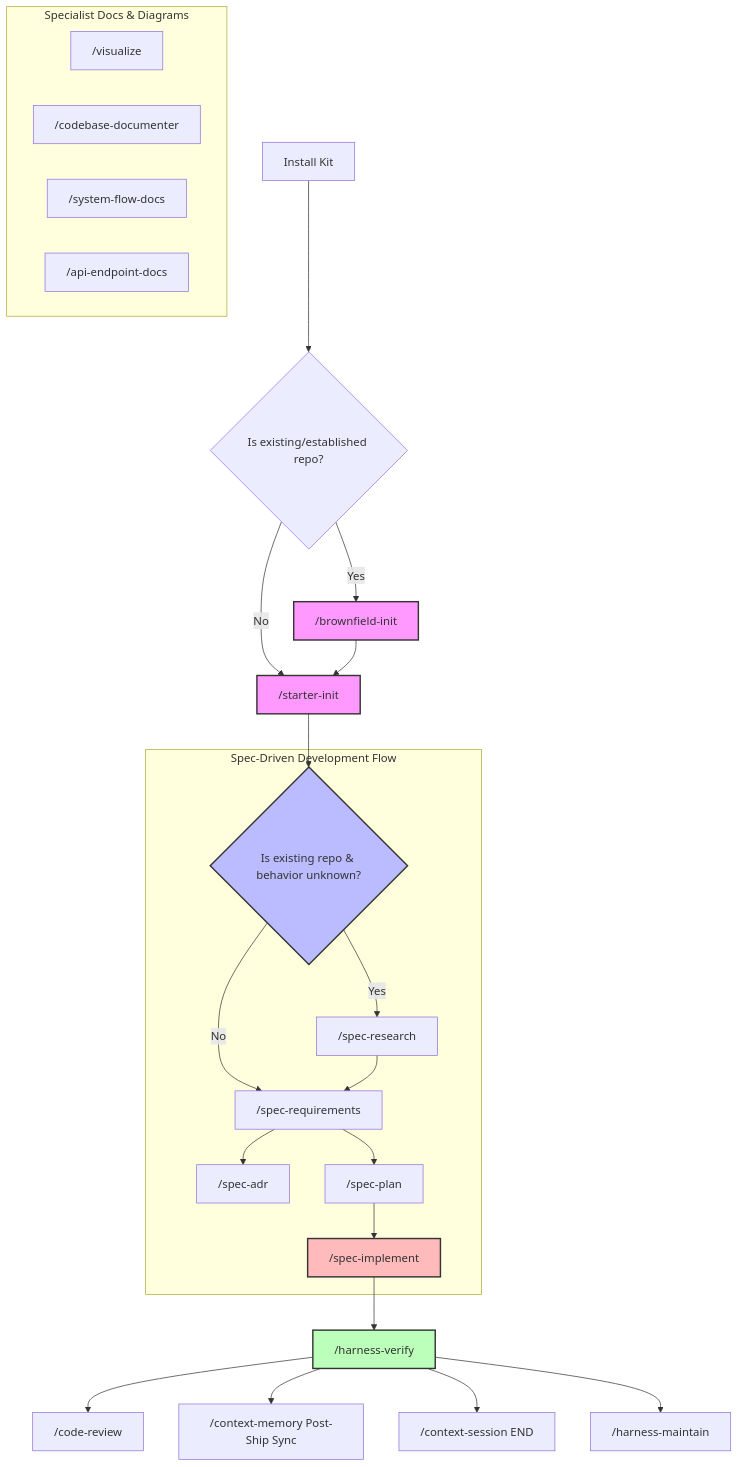
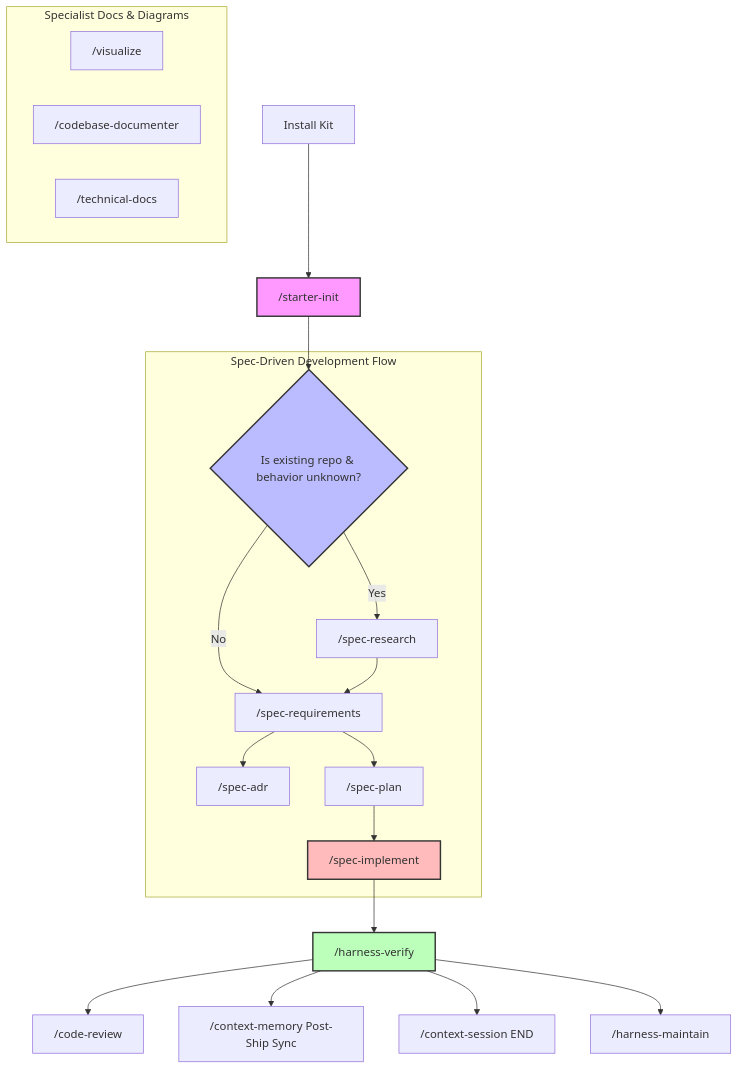
The diagram in documents/end-to-end-tutorial.md (thaihai-swe/CoreZero-Nexus), drawn with Mermaid before and after one commit. The commit also changed other lines of this file and 66 other files, not shown here.

````diff
--- a/documents/end-to-end-tutorial.md
+++ b/documents/end-to-end-tutorial.md
@@ -9,37 +9,32 @@
 ```mermaid
 graph TD
-    A[Install Kit] --> B1{"Is existing/established repo?"}
-    B1 -->|Yes| B2["/brownfield-init"]
-    B1 -->|No| B3["/starter-init"]
-    B2 --> B3
+    A[Install Kit] --> B3["/starter-init"]
     B3 --> C{"Is existing repo & behavior unknown?"}
 
     subgraph SDD [Spec-Driven Development Flow]
         C -->|Yes| D["/spec-research"]
         C -->|No| E["/spec-requirements"]
         D --> E["/spec-requirements"]
         E --> F["/spec-adr"]
         E --> G["/spec-plan"]
         G --> H["/spec-implement"]
     end
 
     subgraph Specialist Docs & Diagrams
         I["/visualize"]
         J["/codebase-documenter"]
-        K["/system-flow-docs"]
-        L["/api-endpoint-docs"]
+        K["/technical-docs"]
     end
 
     H --> M["/harness-verify"]
     M --> N["/code-review"]
     M --> O["/context-memory Post-Ship Sync"]
     M --> P["/context-session END"]
 
     M --> Q["/harness-maintain"]
 
-    style B2 fill:#f9f,stroke:#333,stroke-width:2px
     style B3 fill:#f9f,stroke:#333,stroke-width:2px
     style C fill:#bbf,stroke:#333,stroke-width:2px
     style H fill:#fbb,stroke:#333,stroke-width:2px
     style M fill:#bfb,stroke:#333,stroke-width:2px
 ```
````
